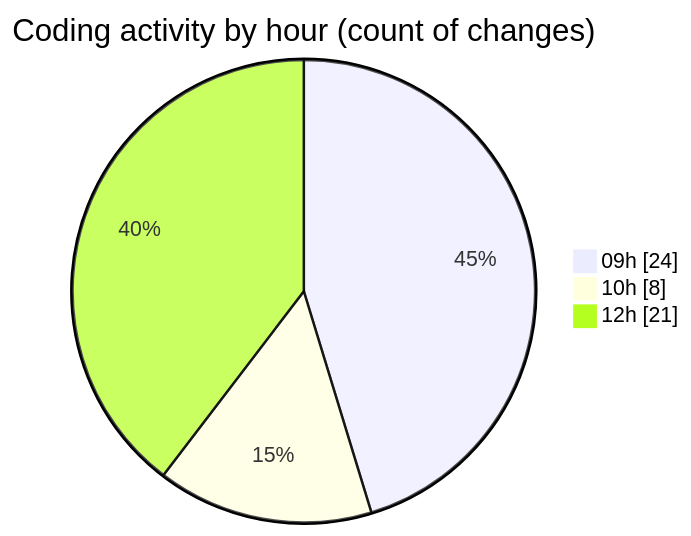
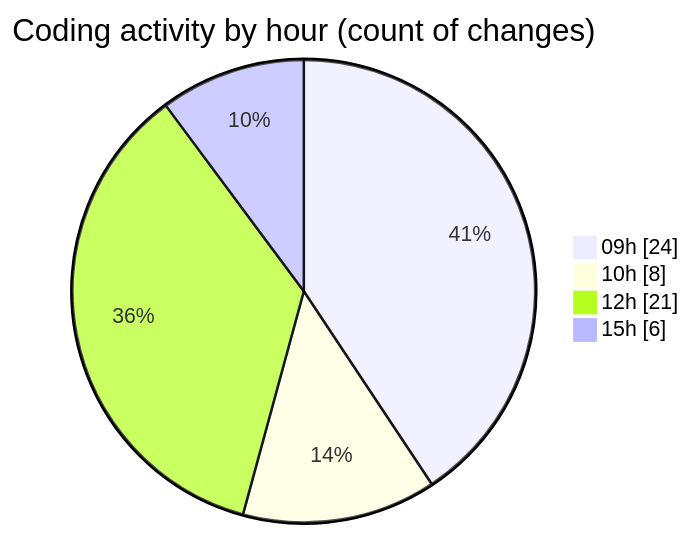
One commit to lephambinh05/code-tracking changed the second of 2 diagrams in 2025-08-18/rentotp/README.md. Above: the diagram before and after it, drawn with Mermaid. The commit also changed other lines of this file and 1 other file, not shown here.

````diff
--- a/2025-08-18/rentotp/README.md
+++ b/2025-08-18/rentotp/README.md
@@ -44,7 +49,8 @@
 ```mermaid
 pie showData
 title Coding activity by hour (count of changes)
 "09h" : 24
 "10h" : 8
 "12h" : 21
+"15h" : 6
 ```
````
